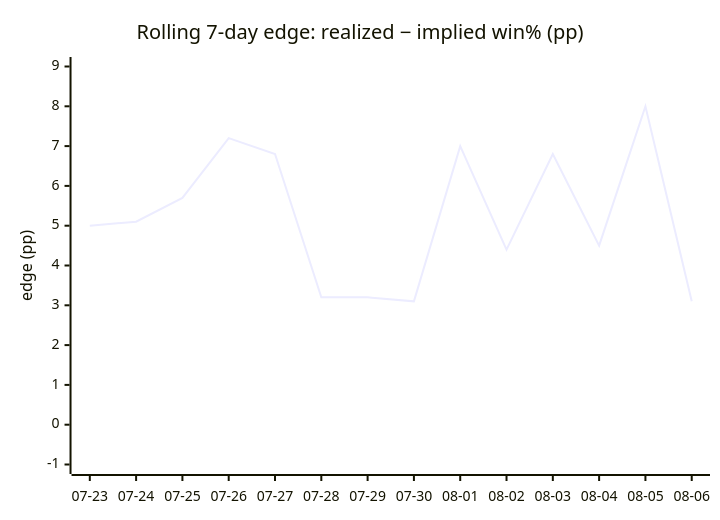
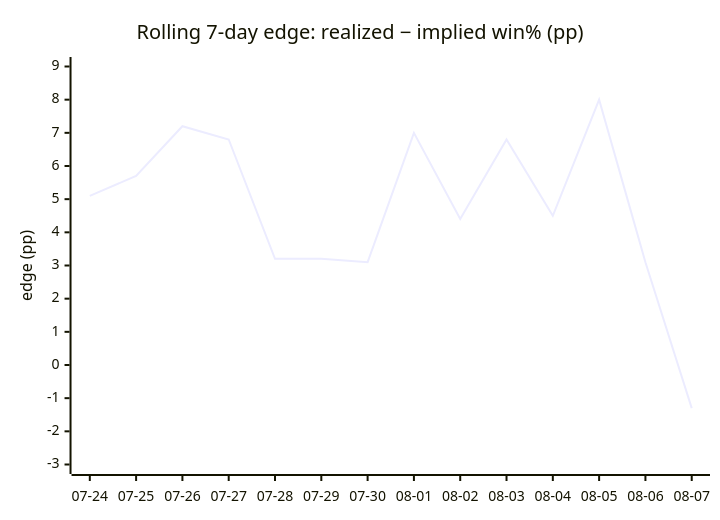
One commit to dpk1212/nhl-savant changed the fourth of 4 diagrams in DAILY_AGSU_REPORT.md. Above: the diagram before and after it, drawn with Mermaid. The commit also changed other lines of this file, not shown here.

````diff
--- a/DAILY_AGSU_REPORT.md
+++ b/DAILY_AGSU_REPORT.md
@@ -791,7 +794,7 @@
 ```mermaid
 xychart-beta
     title "Rolling 7-day edge: realized − implied win% (pp)"
-    x-axis ["07-23", "07-24", "07-25", "07-26", "07-27", "07-28", "07-29", "07-30", "08-01", "08-02", "08-03", "08-04", "08-05", "08-06"]
-    y-axis "edge (pp)" -1 --> 9
-    line [5, 5.1, 5.7, 7.2, 6.8, 3.2, 3.2, 3.1, 7, 4.4, 6.8, 4.5, 8, 3.1]
+    x-axis ["07-24", "07-25", "07-26", "07-27", "07-28", "07-29", "07-30", "08-01", "08-02", "08-03", "08-04", "08-05", "08-06", "08-07"]
+    y-axis "edge (pp)" -3 --> 9
+    line [5.1, 5.7, 7.2, 6.8, 3.2, 3.2, 3.1, 7, 4.4, 6.8, 4.5, 8, 3.1, -1.3]
 ```
````
